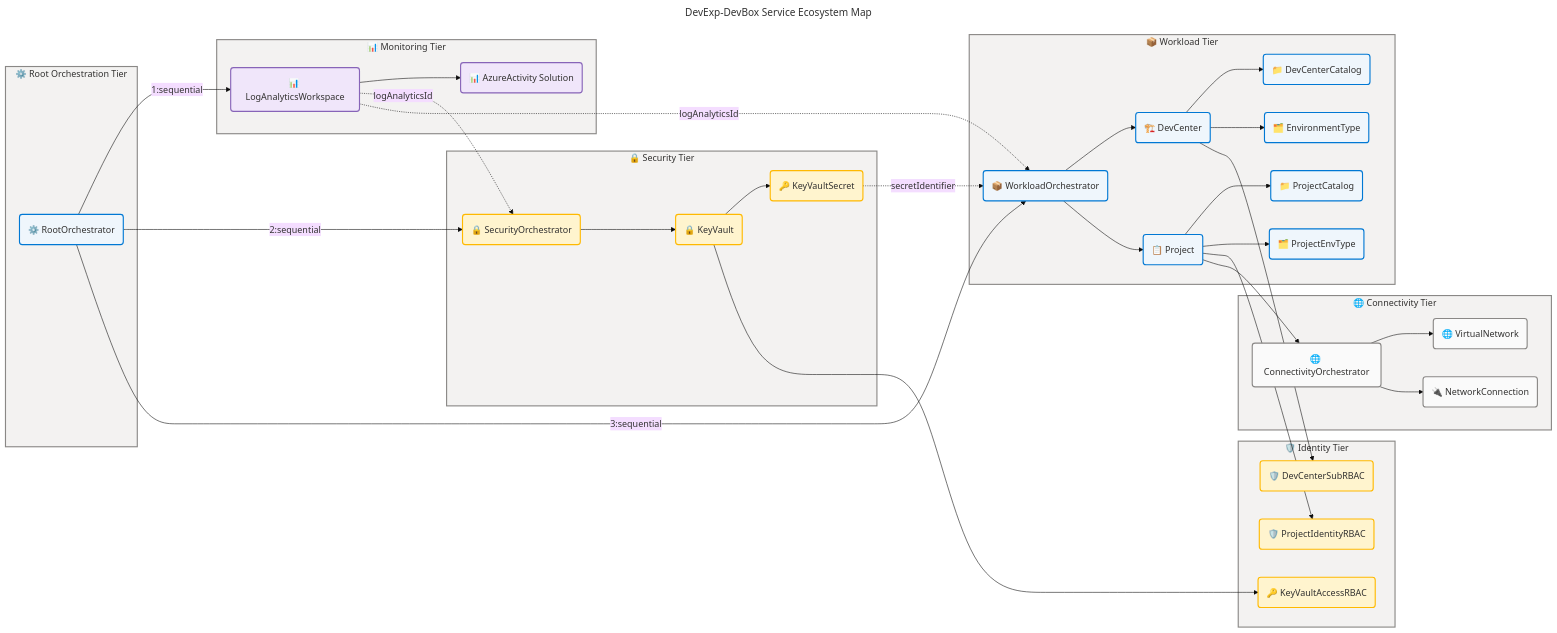
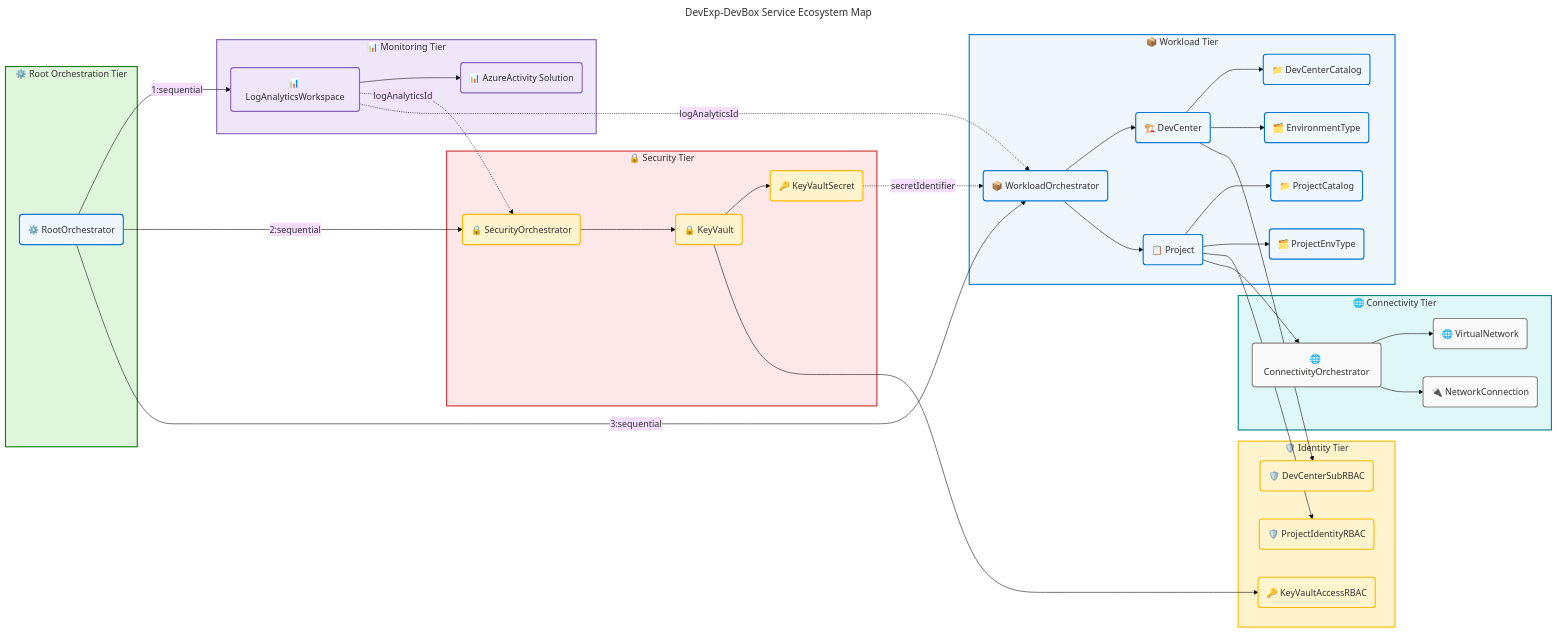
The second of 7 diagrams in docs/architecture/application-architecture.md (Evilazaro/DevExp-DevBox), drawn with Mermaid before and after one commit. The commit also changed other lines of this file and 1 other file, not shown here.

Commit message:
refactor: Update Mermaid diagram styles for improved visual clarity in application architecture documentation

```diff
--- a/docs/architecture/application-architecture.md
+++ b/docs/architecture/application-architecture.md
@@ -246,12 +248,12 @@
     LAws -.->|"logAnalyticsId"| WLOrch
     SecretRes -.->|"secretIdentifier"| WLOrch
 
-    style RootTier fill:#F3F2F1,stroke:#8A8886,stroke-width:2px,color:#323130
-    style MonTier fill:#F3F2F1,stroke:#8A8886,stroke-width:2px,color:#323130
-    style SecTier fill:#F3F2F1,stroke:#8A8886,stroke-width:2px,color:#323130
-    style WLTier fill:#F3F2F1,stroke:#8A8886,stroke-width:2px,color:#323130
-    style ConnTier fill:#F3F2F1,stroke:#8A8886,stroke-width:2px,color:#323130
-    style IdTier fill:#F3F2F1,stroke:#8A8886,stroke-width:2px,color:#323130
+    style RootTier fill:#DFF6DD,stroke:#107C10,stroke-width:2px,color:#323130
+    style MonTier fill:#F0E6FA,stroke:#8764B8,stroke-width:2px,color:#323130
+    style SecTier fill:#FDE7E9,stroke:#D13438,stroke-width:2px,color:#323130
+    style WLTier fill:#EFF6FC,stroke:#0078D4,stroke-width:2px,color:#323130
+    style ConnTier fill:#E0F7F7,stroke:#038387,stroke-width:2px,color:#323130
+    style IdTier fill:#FFF4CE,stroke:#FFB900,stroke-width:2px,color:#323130
 
     classDef neutral fill:#FAFAFA,stroke:#8A8886,stroke-width:2px,color:#323130
     classDef core fill:#EFF6FC,stroke:#0078D4,stroke-width:2px,color:#323130
```
